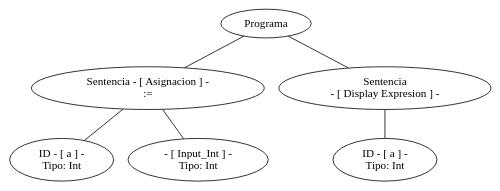
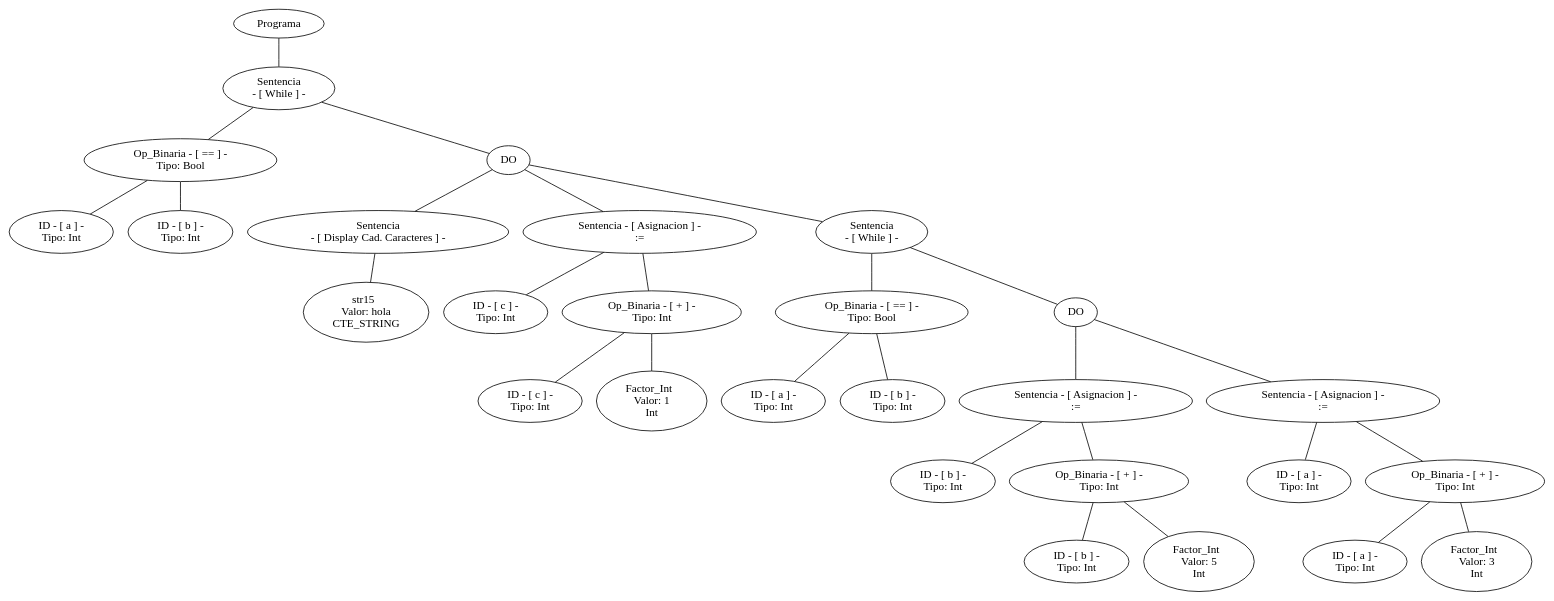
One commit to SantiPerez17/Compiladores changed the diagram in arbol.dot. Above: the diagram before and after it, drawn with Graphviz. The commit also changed 8 other files, not shown here.

```diff
--- a/arbol.dot
+++ b/arbol.dot
@@ -1,17 +1,85 @@
 graph G {nodo_programa[label="Programa"]
-nodo_1815674630[label="Sentencia - [ Asignacion ] -
- :="]
-nodo_programa--nodo_1815674630
-nodo_1777485983[label=" ID - [ a ] - 
- Tipo: Int"]
-nodo_1815674630--nodo_1777485983
-nodo_1775156878[label="- [ Input_Int ] - 
+nodo_1206660229[label="Sentencia
+ - [ While ] -"]
+nodo_programa--nodo_1206660229
+nodo_1815674630[label=" Op_Binaria - [ == ] - 
+ Tipo: Bool"]
+nodo_1206660229--nodo_1815674630
+nodo_1775156878[label=" ID - [ a ] - 
  Tipo: Int"]
 nodo_1815674630--nodo_1775156878
-nodo_813239062[label="Sentencia
- - [ Display Expresion ] -"]
-nodo_programa--nodo_813239062
-nodo_66249089[label=" ID - [ a ] - 
+nodo_1335105062[label=" ID - [ b ] - 
  Tipo: Int"]
-nodo_813239062--nodo_66249089
+nodo_1815674630--nodo_1335105062
+nodo_12066602291[label="DO"]
+nodo_1206660229--nodo_12066602291
+nodo_267896023[label="Sentencia
+ - [ Display Cad. Caracteres ] -"]
+nodo_12066602291--nodo_267896023
+nodo_1621955009[label="str15  
+ Valor: hola 
+CTE_STRING"]
+nodo_267896023--nodo_1621955009
+nodo_859768763[label="Sentencia - [ Asignacion ] -
+ :="]
+nodo_12066602291--nodo_859768763
+nodo_2012327799[label=" ID - [ c ] - 
+ Tipo: Int"]
+nodo_859768763--nodo_2012327799
+nodo_1777485983[label=" Op_Binaria - [ + ] - 
+ Tipo: Int"]
+nodo_859768763--nodo_1777485983
+nodo_80975355[label=" ID - [ c ] - 
+ Tipo: Int"]
+nodo_1777485983--nodo_80975355
+nodo_1081524910[label="Factor_Int  
+ Valor: 1 
+Int"]
+nodo_1777485983--nodo_1081524910
+nodo_10621368[label="Sentencia
+ - [ While ] -"]
+nodo_12066602291--nodo_10621368
+nodo_1377751868[label=" Op_Binaria - [ == ] - 
+ Tipo: Bool"]
+nodo_10621368--nodo_1377751868
+nodo_178166013[label=" ID - [ a ] - 
+ Tipo: Int"]
+nodo_1377751868--nodo_178166013
+nodo_425139570[label=" ID - [ b ] - 
+ Tipo: Int"]
+nodo_1377751868--nodo_425139570
+nodo_106213681[label="DO"]
+nodo_10621368--nodo_106213681
+nodo_1153360509[label="Sentencia - [ Asignacion ] -
+ :="]
+nodo_106213681--nodo_1153360509
+nodo_848257256[label=" ID - [ b ] - 
+ Tipo: Int"]
+nodo_1153360509--nodo_848257256
+nodo_1612532337[label=" Op_Binaria - [ + ] - 
+ Tipo: Int"]
+nodo_1153360509--nodo_1612532337
+nodo_1059540439[label=" ID - [ b ] - 
+ Tipo: Int"]
+nodo_1612532337--nodo_1059540439
+nodo_1098933182[label="Factor_Int  
+ Valor: 5 
+Int"]
+nodo_1612532337--nodo_1098933182
+nodo_980908631[label="Sentencia - [ Asignacion ] -
+ :="]
+nodo_106213681--nodo_980908631
+nodo_1824745836[label=" ID - [ a ] - 
+ Tipo: Int"]
+nodo_980908631--nodo_1824745836
+nodo_166321181[label=" Op_Binaria - [ + ] - 
+ Tipo: Int"]
+nodo_980908631--nodo_166321181
+nodo_1106396872[label=" ID - [ a ] - 
+ Tipo: Int"]
+nodo_166321181--nodo_1106396872
+nodo_61690075[label="Factor_Int  
+ Valor: 3 
+Int"]
+nodo_166321181--nodo_61690075
 }
```
